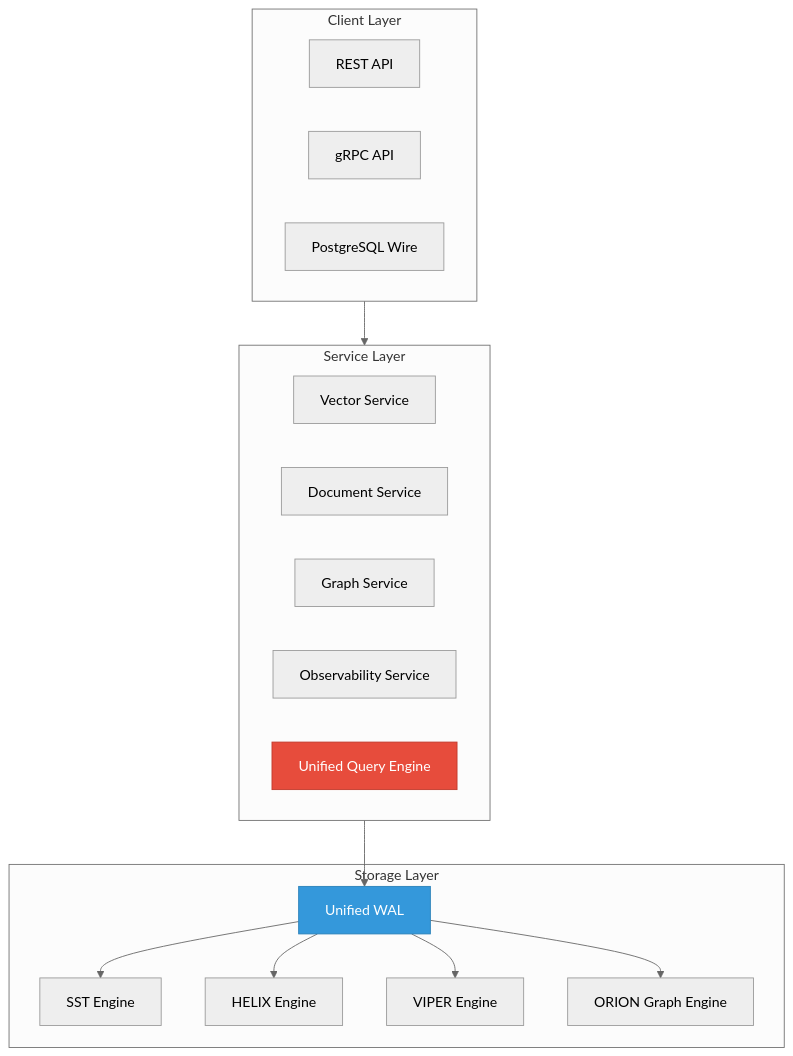
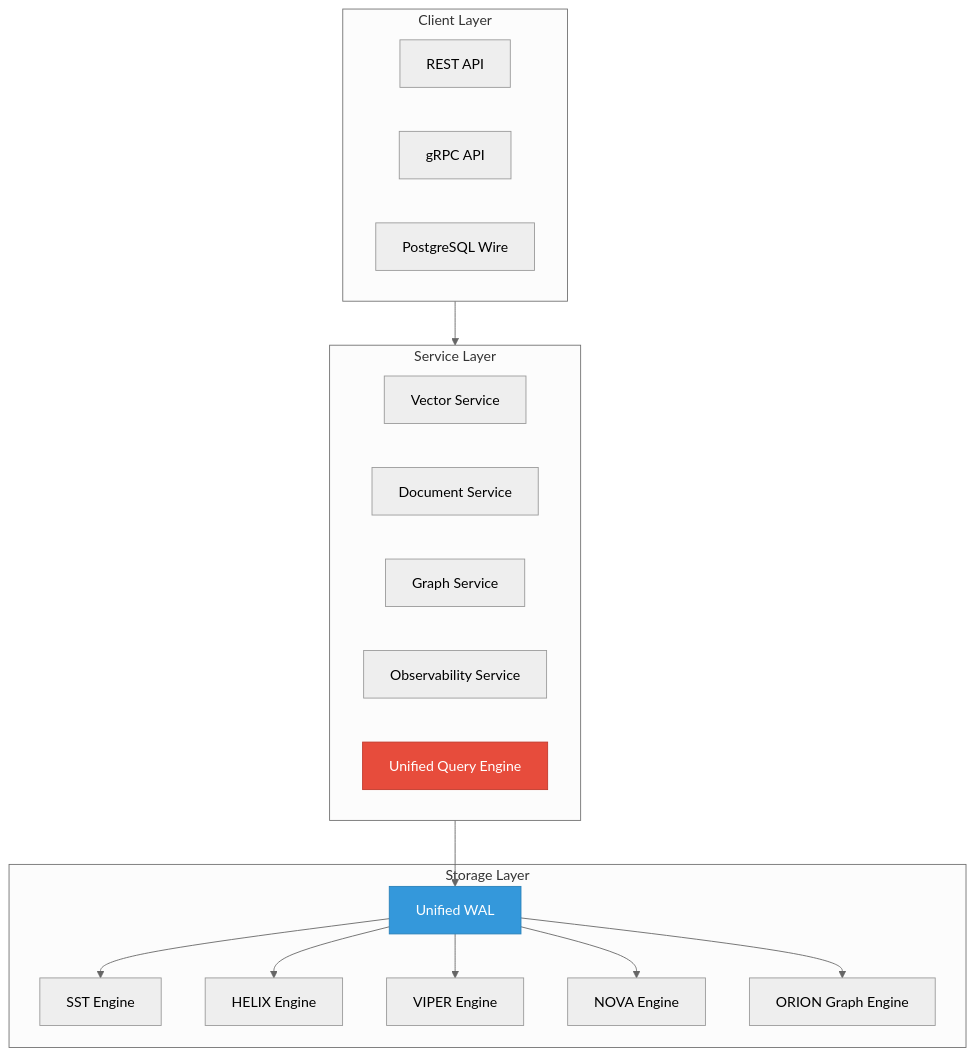
Before and after one commit to vjsingh1984/proximaDB: the second of 2 diagrams in docs/README.md, drawn with Mermaid. The commit also changed other lines of this file and 1380 other files, not shown here.

````diff
--- a/docs/README.md
+++ b/docs/README.md
@@ -180,35 +182,37 @@
 ```mermaid
 %%{init: {"theme": "neutral"}}%%
 flowchart TB
   subgraph Client["Client Layer"]
     REST[REST API]
     gRPC[gRPC API]
     SQL[PostgreSQL Wire]
   end
 
   subgraph Services["Service Layer"]
     VS[Vector Service]
     DS[Document Service]
     GS[Graph Service]
     OS[Observability Service]
     UQ[Unified Query Engine]
   end
 
   subgraph Storage["Storage Layer"]
     WAL[Unified WAL]
     SST[SST Engine]
     HELIX[HELIX Engine]
     VIPER[VIPER Engine]
+    NOVA[NOVA Engine]
     ORION[ORION Graph Engine]
   end
 
   Client --> Services
   Services --> WAL
   WAL --> SST
   WAL --> HELIX
   WAL --> VIPER
+  WAL --> NOVA
   WAL --> ORION
 
   style UQ fill:#e74c3c,stroke:#c0392b,color:#fff
   style WAL fill:#3498db,stroke:#2980b9,color:#fff
 ```
````
